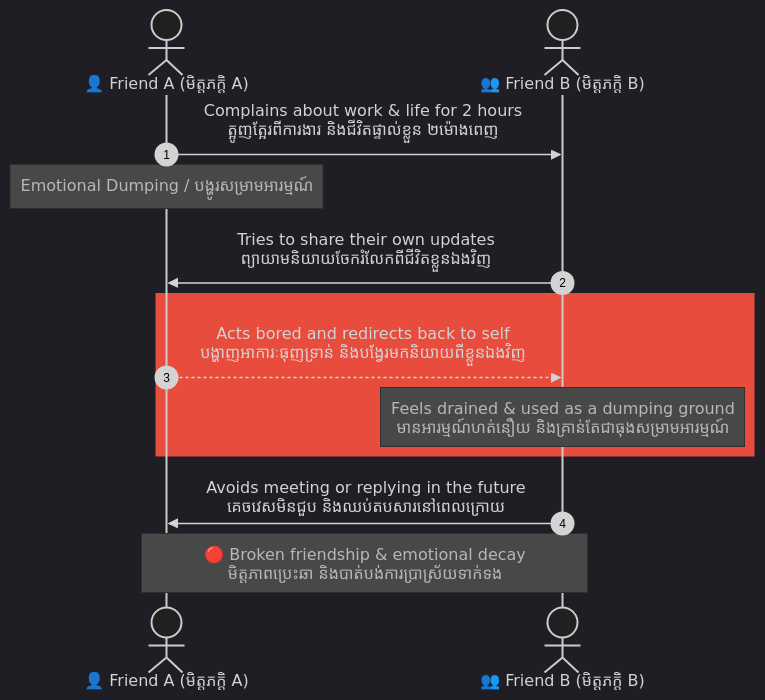
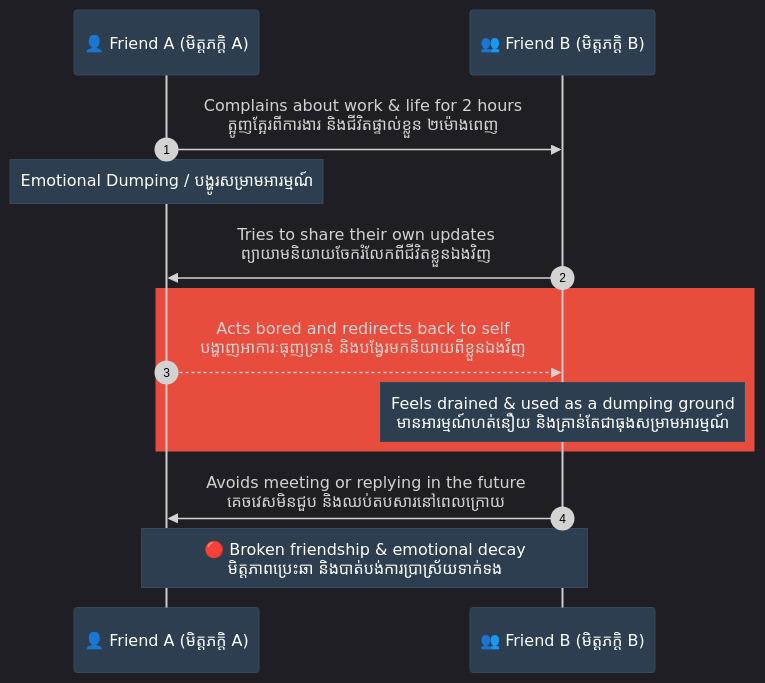
Before and after one commit to iblogger855/iblogger-feeds: the second of 6 diagrams in feeds/concepts/articles/03-science-of-communication-eq-flaws.md, drawn with Mermaid. The commit also changed other lines of this file and 1 other file, not shown here.

Commit message:
style(visual): fix sequence diagram text and actor backgrounds for light mode compatibility

````diff
--- a/feeds/concepts/articles/03-science-of-communication-eq-flaws.md
+++ b/feeds/concepts/articles/03-science-of-communication-eq-flaws.md
@@ -156,28 +162,34 @@
 ```mermaid
 %%{init: {
   'theme': 'dark',
   'themeVariables': {
     'background': '#1e1e1e',
     'primaryTextColor': '#ffffff',
-    'lineColor': '#a0a0a0'
+    'lineColor': '#a0a0a0',
+    'actorBkg': '#2c3e50',
+    'actorBorder': '#34495e',
+    'actorTextColor': '#ffffff',
+    'noteBkgColor': '#2c3e50',
+    'noteTextColor': '#ffffff',
+    'noteBorderColor': '#34495e'
   },
-  'themeCSS': 'svg { background-color: #1e1e1e !important; padding: 1rem !important; border-radius: 8px !important; } .edgeLabel rect { fill: #1e1e1e !important; } text, tspan { fill: #ffffff !important; }'
+  'themeCSS': 'svg { background-color: #1e1e1e !important; padding: 1rem !important; border-radius: 8px !important; } .edgeLabel rect { fill: #1e1e1e !important; } text, tspan { fill: #ffffff !important; } @media (prefers-color-scheme: light) { text, tspan, .messageText, .signalText { fill: #1e1e1e !important; } .actor text, .actor tspan, .note text, .note tspan, .loopText, .loopText tspan { fill: #ffffff !important; } }'
 }}%%
 sequenceDiagram
     autonumber
-    actor F1 as 👤 Friend A (មិត្តភក្តិ A)
-    actor F2 as 👥 Friend B (មិត្តភក្តិ B)
+    participant F1 as 👤 Friend A (មិត្តភក្តិ A)
+    participant F2 as 👥 Friend B (មិត្តភក្តិ B)
 
     F1->>F2: Complains about work & life for 2 hours<br/>ត្អូញត្អែរពីការងារ និងជីវិតផ្ទាល់ខ្លួន ២ម៉ោងពេញ
     Note over F1: Emotional Dumping / បង្ហូរសម្រាមអារម្មណ៍
     
     F2->>F1: Tries to share their own updates<br/>ព្យាយាមនិយាយចែករំលែកពីជីវិតខ្លួនឯងវិញ
     
     rect rgb(231, 76, 60)
         F1-->>F2: Acts bored and redirects back to self<br/>បង្ហាញអាការៈធុញទ្រាន់ និងបង្វែរមកនិយាយពីខ្លួនឯងវិញ
         Note over F2: Feels drained & used as a dumping ground<br/>មានអារម្មណ៍ហត់នឿយ និងគ្រាន់តែជាធុងសម្រាមអារម្មណ៍
     end
     
     F2->>F1: Avoids meeting or replying in the future<br/>គេចវេសមិនជួប និងឈប់តបសារនៅពេលក្រោយ
     Note over F1, F2: 🔴 Broken friendship & emotional decay<br/>មិត្តភាពប្រេះឆា និងបាត់បង់ការប្រាស្រ័យទាក់ទង
 ```
````
